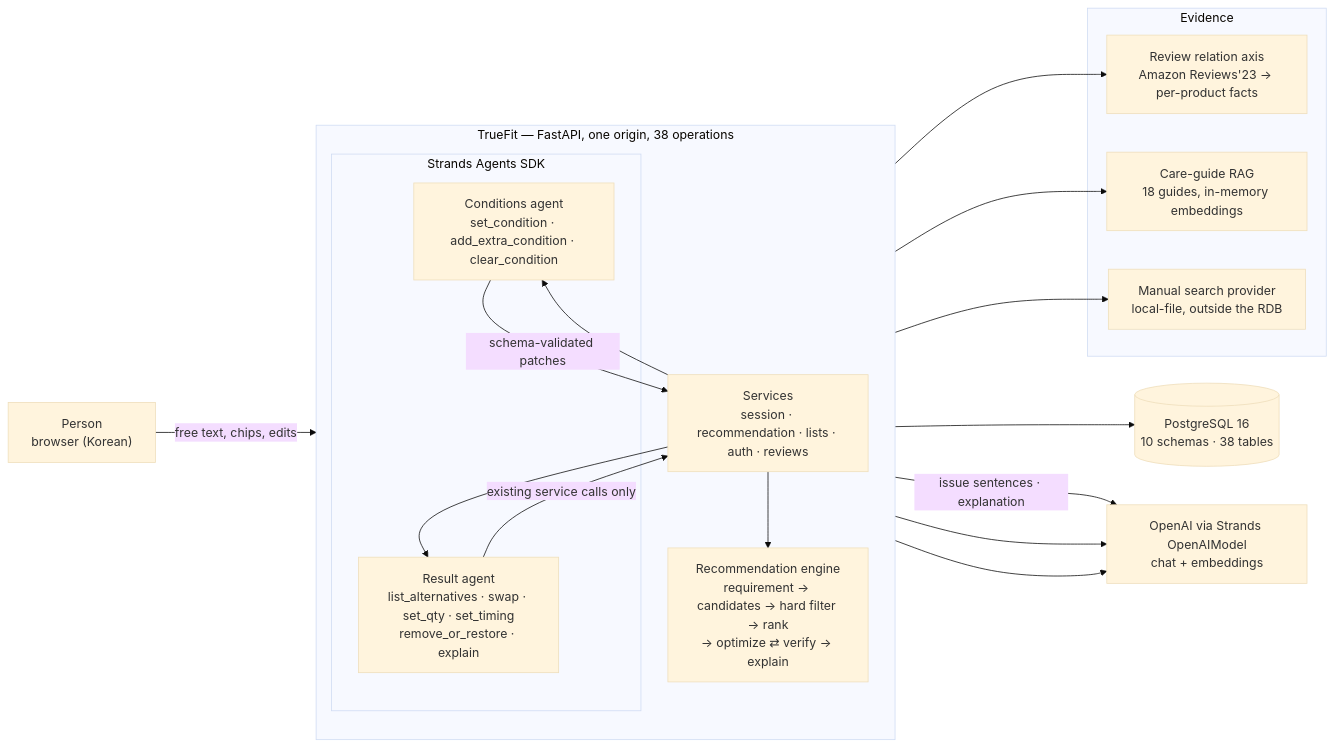
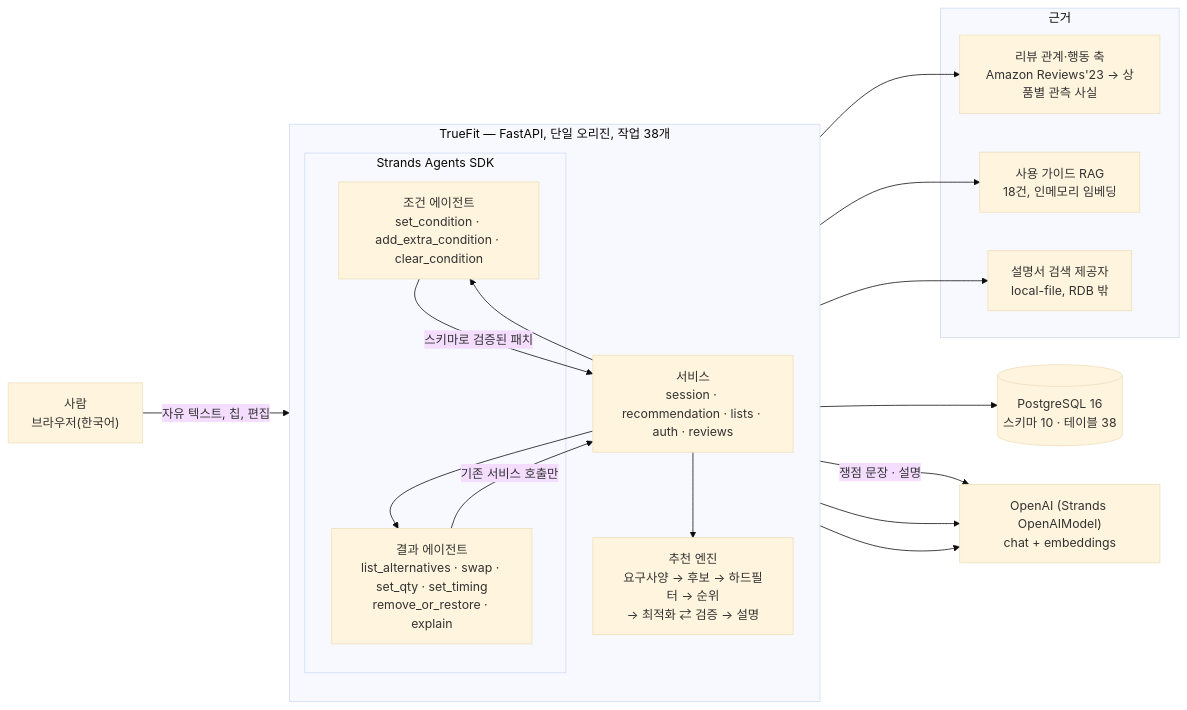
The diagram in README.md (greenmdw/skn_final), drawn with Mermaid (base theme) before and after one commit. The commit also changed other lines of this file and 88 other files, not shown here.

````diff
--- a/README.md
+++ b/README.md
@@ -76,33 +76,33 @@
 ```mermaid
 flowchart LR
-  U["Person<br/>browser (Korean)"]
-  subgraph App["TrueFit — FastAPI, one origin, 38 operations"]
+  U["사람<br/>브라우저(한국어)"]
+  subgraph App["TrueFit — FastAPI, 단일 오리진, 작업 38개"]
     direction TB
-    SVC["Services<br/>session · recommendation · lists · auth · reviews"]
+    SVC["서비스<br/>session · recommendation · lists · auth · reviews"]
     subgraph Strands["Strands Agents SDK"]
-      CA["Conditions agent<br/>set_condition · add_extra_condition · clear_condition"]
-      RA["Result agent<br/>list_alternatives · swap · set_qty · set_timing<br/>remove_or_restore · explain"]
+      CA["조건 에이전트<br/>set_condition · add_extra_condition · clear_condition"]
+      RA["결과 에이전트<br/>list_alternatives · swap · set_qty · set_timing<br/>remove_or_restore · explain"]
     end
-    ENG["Recommendation engine<br/>requirement → candidates → hard filter → rank<br/>→ optimize ⇄ verify → explain"]
+    ENG["추천 엔진<br/>요구사양 → 후보 → 하드필터 → 순위<br/>→ 최적화 ⇄ 검증 → 설명"]
   end
-  subgraph Ev["Evidence"]
-    RX["Review relation axis<br/>Amazon Reviews'23 → per-product facts"]
-    CG["Care-guide RAG<br/>18 guides, in-memory embeddings"]
-    MR["Manual search provider<br/>local-file, outside the RDB"]
+  subgraph Ev["근거"]
+    RX["리뷰 관계·행동 축<br/>Amazon Reviews'23 → 상품별 관측 사실"]
+    CG["사용 가이드 RAG<br/>18건, 인메모리 임베딩"]
+    MR["설명서 검색 제공자<br/>local-file, RDB 밖"]
   end
-  DB[("PostgreSQL 16<br/>10 schemas · 38 tables")]
-  LLM["OpenAI via Strands OpenAIModel<br/>chat + embeddings"]
-  U -- "free text, chips, edits" --> SVC
+  DB[("PostgreSQL 16<br/>스키마 10 · 테이블 38")]
+  LLM["OpenAI (Strands OpenAIModel)<br/>chat + embeddings"]
+  U -- "자유 텍스트, 칩, 편집" --> SVC
   SVC --> CA
   SVC --> RA
   SVC --> ENG
-  CA -- "schema-validated patches" --> SVC
-  RA -- "existing service calls only" --> SVC
+  CA -- "스키마로 검증된 패치" --> SVC
+  RA -- "기존 서비스 호출만" --> SVC
   ENG --> RX
   ENG --> CG
   ENG --> MR
-  ENG -- "issue sentences · explanation" --> LLM
+  ENG -- "쟁점 문장 · 설명" --> LLM
   CA --> LLM
   RA --> LLM
   SVC --> DB
 ```
````
